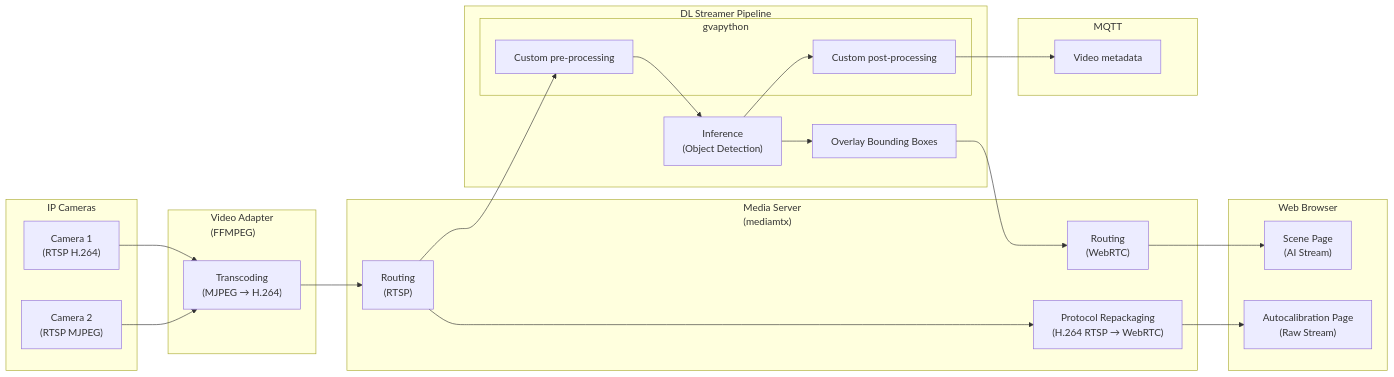
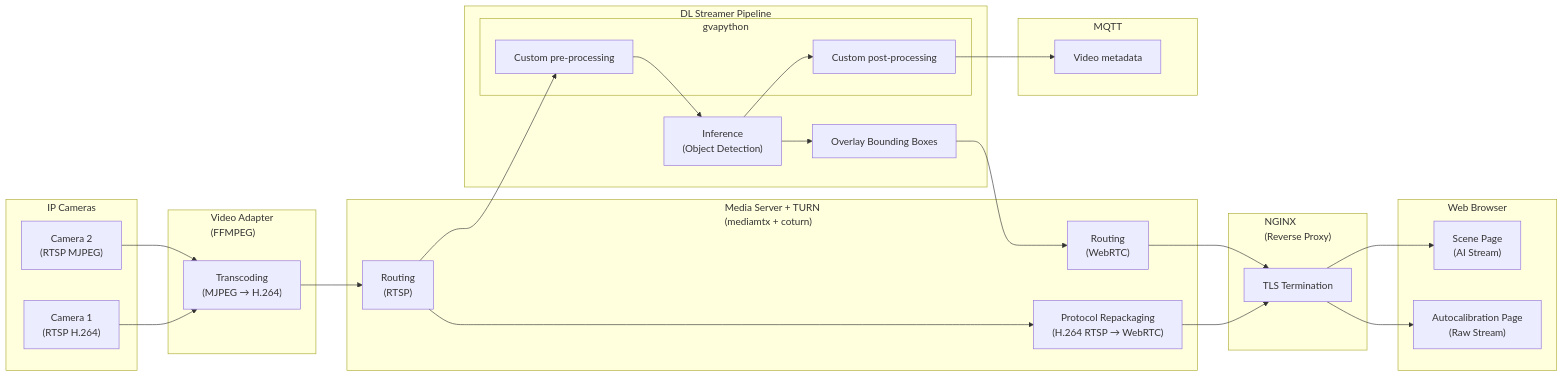
One commit to open-edge-platform/scenescape changed the second of 4 diagrams in docs/design/streaming-video-webrtc-ui.md. Above: the diagram before and after it, drawn with Mermaid. The commit also changed other lines of this file, not shown here.

Commit message:
added nginx and coturn

````diff
--- a/docs/design/streaming-video-webrtc-ui.md
+++ b/docs/design/streaming-video-webrtc-ui.md
@@ -82,56 +82,62 @@
 ```mermaid
 flowchart LR
     subgraph Cameras["IP Cameras"]
         C1["Camera 1<br/>(RTSP H.264)"]
         C2["Camera 2<br/>(RTSP MJPEG)"]
     end
 
     subgraph FFMPEG["Video Adapter<br/>(FFMPEG)"]
         Transcode["Transcoding<br/>(MJPEG → H.264)"]
     end
 
-    subgraph MediaServer["Media Server<br/>(mediamtx)"]
+    subgraph Nginx["NGINX<br/>(Reverse Proxy)"]
+        TLS["TLS Termination"]
+    end
+
+    subgraph MediaServer["Media Server + TURN <br/>(mediamtx + coturn)"]
         RouteRTSP["Routing<br/>(RTSP)"]
         Repack["Protocol Repackaging<br/>(H.264 RTSP → WebRTC)"]
         RouteWebRTC["Routing<br/>(WebRTC)"]
     end
 
     subgraph AI["DL Streamer Pipeline"]
         subgraph gvapython["gvapython"]
             CustomPreProcess["Custom pre-processing"]
             CustomPostProcess["Custom post-processing"]
         end
         Detect["Inference<br/>(Object Detection)"]
         Overlay["Overlay Bounding Boxes"]
     end
 
     subgraph Mqtt["MQTT<br/>"]
         VideoMetadata["Video metadata"]
     end
 
     subgraph Browser["Web Browser"]
         Scene["Scene Page<br/>(AI Stream)"]
         AutoCalib["Autocalibration Page<br/>(Raw Stream)"]
     end
 
     %% Camera flows into Media Server
     C1 --> Transcode
     C2 --> Transcode
 
     %% FFMPEG converts video and sends to Media Server
     Transcode --> RouteRTSP
 
     %% Inference metadata
     CustomPostProcess --> VideoMetadata
 
     %% Raw stream path → Autocalibration
     RouteRTSP --> Repack
-    Repack --> AutoCalib
+    Repack --> TLS
+    TLS --> AutoCalib
 
     %% AI pipeline path → Scene
     RouteRTSP --> CustomPreProcess
     CustomPreProcess --> Detect --> Overlay --> RouteWebRTC
     Detect --> CustomPostProcess
-    RouteWebRTC --> Scene
+    RouteWebRTC --> TLS
+    TLS --> Scene
 
 ```
````
